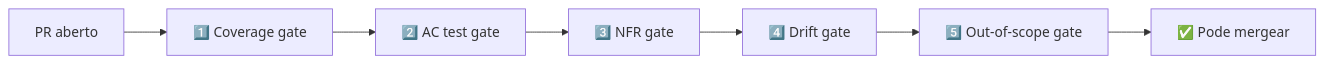
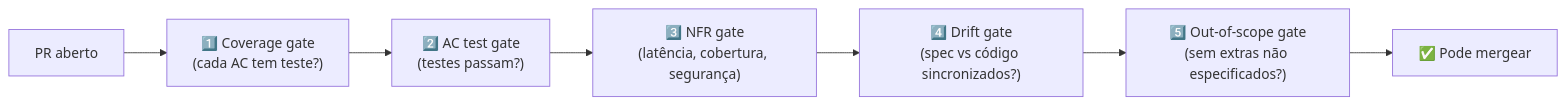
The diagram in 03-Dominios/Tecnologia/IA/Spec-Driven Development/07 - Fase Validate — spec como contrato executável.md (josenaldo/codex-technomanticus), drawn with Mermaid before and after one commit. The commit also changed other lines of this file, not shown here.

````diff
--- a/03-Dominios/Tecnologia/IA/Spec-Driven Development/07 - Fase Validate — spec como contrato executável.md
+++ b/03-Dominios/Tecnologia/IA/Spec-Driven Development/07 - Fase Validate — spec como contrato executável.md
@@ -35,9 +46,9 @@
 ```mermaid
 graph LR
-    A["PR aberto"] --> B["1️⃣ Coverage gate"]
-    B --> C["2️⃣ AC test gate"]
-    C --> D["3️⃣ NFR gate"]
-    D --> E["4️⃣ Drift gate"]
-    E --> F["5️⃣ Out-of-scope gate"]
+    A["PR aberto"] --> B["1️⃣ Coverage gate\n(cada AC tem teste?)"]
+    B --> C["2️⃣ AC test gate\n(testes passam?)"]
+    C --> D["3️⃣ NFR gate\n(latência, cobertura, segurança)"]
+    D --> E["4️⃣ Drift gate\n(spec vs código sincronizados?)"]
+    E --> F["5️⃣ Out-of-scope gate\n(sem extras não especificados?)"]
     F --> G["✅ Pode mergear"]
 ```
````
